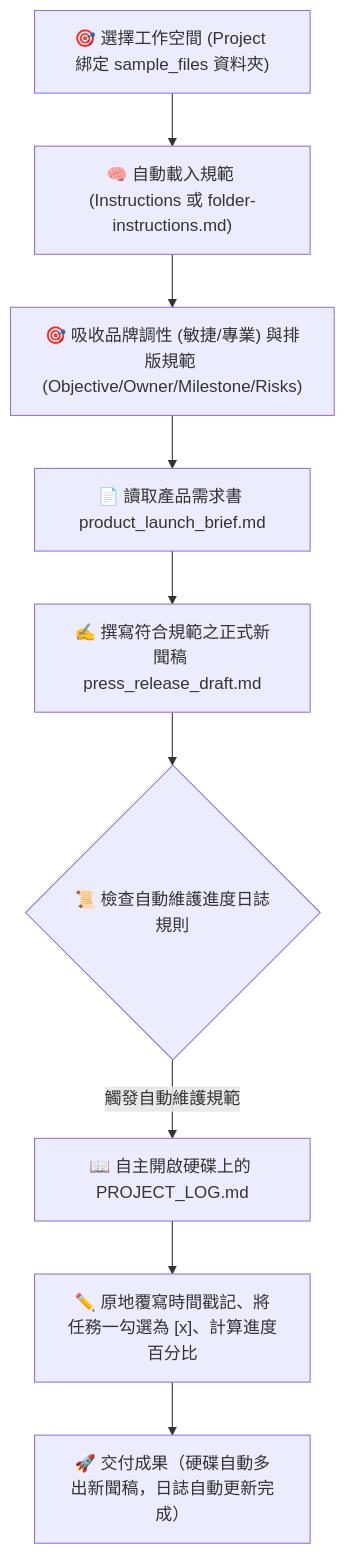
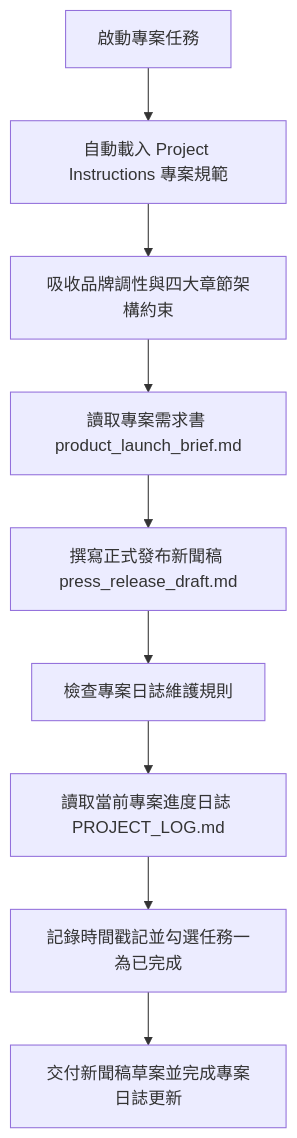
One commit to roberthsu2003/workflow-productivity changed the diagram in Claude_ai/cowork/Examples/05_Folder_Instructions_Project/README.md. Above: the diagram before and after it, drawn with Mermaid. The commit also changed other lines of this file, not shown here.

````diff
--- a/Claude_ai/cowork/Examples/05_Folder_Instructions_Project/README.md
+++ b/Claude_ai/cowork/Examples/05_Folder_Instructions_Project/README.md
@@ -174,12 +104,11 @@
 ```mermaid
 flowchart TD
-    Start["🎯 選擇工作空間 (Project 綁定 sample_files 資料夾)"] --> AutoLoad["🧠 自動載入規範 (Instructions 或 folder-instructions.md)"]
-    AutoLoad --> Adopt["🎯 吸收品牌調性 (敏捷/專業) 與排版規範 (Objective/Owner/Milestone/Risks)"]
-    Adopt --> ReadBrief["📄 讀取產品需求書 product_launch_brief.md"]
-    GenPR["✍️ 撰寫符合規範之正式新聞稿 press_release_draft.md"]
-    ReadBrief --> GenPR
-    GenPR --> CheckRule{"📜 檢查自動維護進度日誌規則"}
-    CheckRule -->|觸發自動維護規範| OpenLog["📖 自主開啟硬碟上的 PROJECT_LOG.md"]
-    OpenLog --> UpdateLog["✏️ 原地覆寫時間戳記、將任務一勾選為 [x]、計算進度百分比"]
-    UpdateLog --> Deliver["🚀 交付成果（硬碟自動多出新聞稿，日誌自動更新完成）"]
+    Start[啟動專案任務] --> LoadInst[自動載入 Project Instructions 專案規範]
+    LoadInst --> Adopt[吸收品牌調性與四大章節架構約束]
+    Adopt --> ReadBrief[讀取專案需求書 product_launch_brief.md]
+    ReadBrief --> GenDraft[撰寫正式發布新聞稿 press_release_draft.md]
+    GenDraft --> CheckLog[檢查專案日誌維護規則]
+    CheckLog --> ReadLog[讀取當前專案進度日誌 PROJECT_LOG.md]
+    ReadLog --> UpdateLog[記錄時間戳記並勾選任務一為已完成]
+    UpdateLog --> Complete[交付新聞稿草案並完成專案日誌更新]
 ```
````
